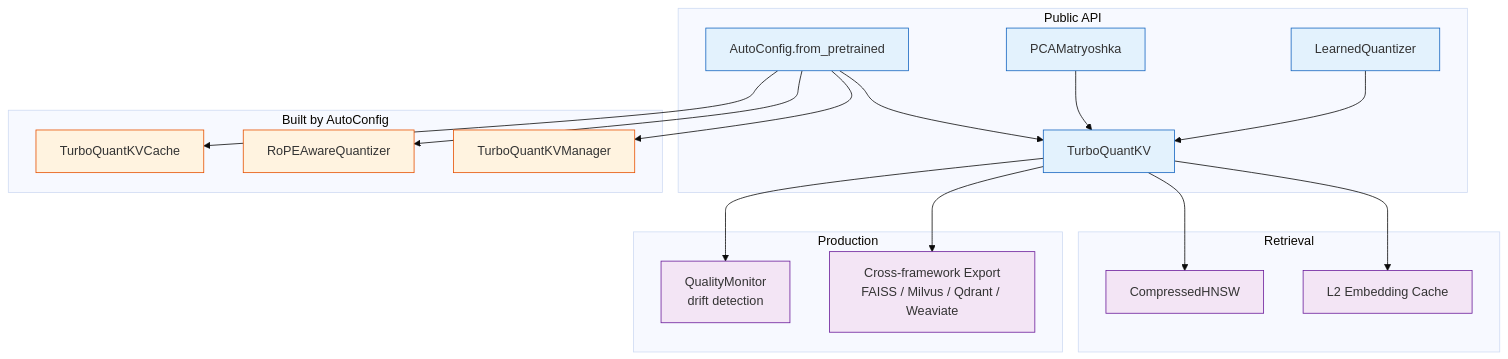
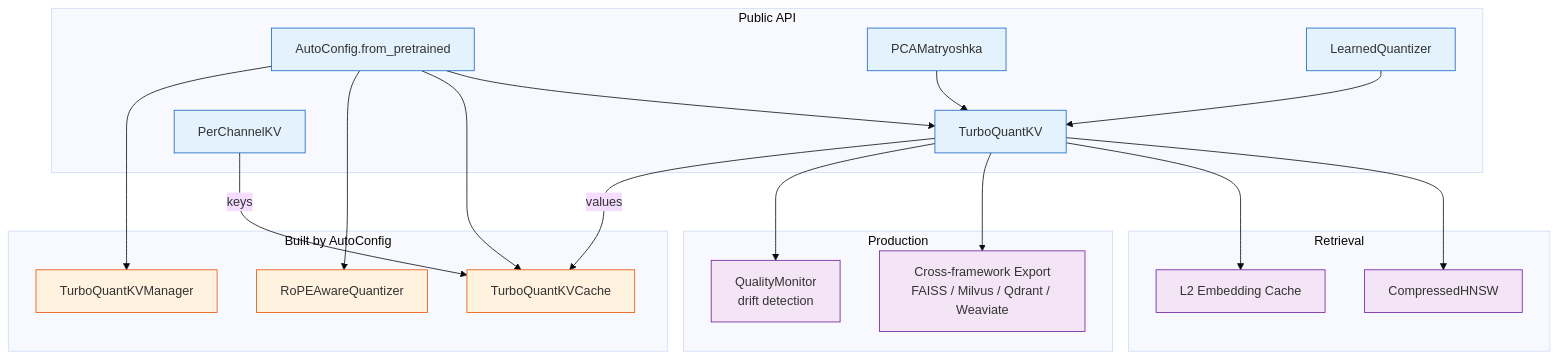
Before and after one commit to ahb-sjsu/turboquant-pro: the second of 2 diagrams in README.md, drawn with Mermaid (base theme). The commit also changed other lines of this file and 12 other files, not shown here.

````diff
--- a/README.md
+++ b/README.md
@@ -53,44 +53,48 @@
 ```mermaid
 flowchart TB
     subgraph API["Public API"]
         AC[AutoConfig.from_pretrained]
         TQ[TurboQuantKV]
+        PCK[PerChannelKV]
         PCA[PCAMatryoshka]
         LQ[LearnedQuantizer]
     end
 
     subgraph Build["Built by AutoConfig"]
         CACHE[TurboQuantKVCache]
         RQ[RoPEAwareQuantizer]
         MGR[TurboQuantKVManager]
     end
 
     subgraph Index["Retrieval"]
         HNSW[CompressedHNSW]
         CACHE2[L2 Embedding Cache]
     end
 
     subgraph Ops["Production"]
         QM[QualityMonitor<br/>drift detection]
         EXP[Cross-framework Export<br/>FAISS / Milvus / Qdrant / Weaviate]
     end
 
     AC --> TQ
     AC --> CACHE
     AC --> RQ
     AC --> MGR
 
     PCA --> TQ
     LQ --> TQ
     TQ --> HNSW
     TQ --> CACHE2
     TQ --> EXP
     TQ --> QM
 
+    PCK -->|keys| CACHE
+    TQ -->|values| CACHE
+
     classDef api fill:#e3f2fd,stroke:#1565c0;
     classDef build fill:#fff3e0,stroke:#e65100;
     classDef ops fill:#f3e5f5,stroke:#6a1b9a;
-    class AC,TQ,PCA,LQ api;
+    class AC,TQ,PCK,PCA,LQ api;
     class CACHE,RQ,MGR build;
     class HNSW,CACHE2,QM,EXP ops;
 ```
````
